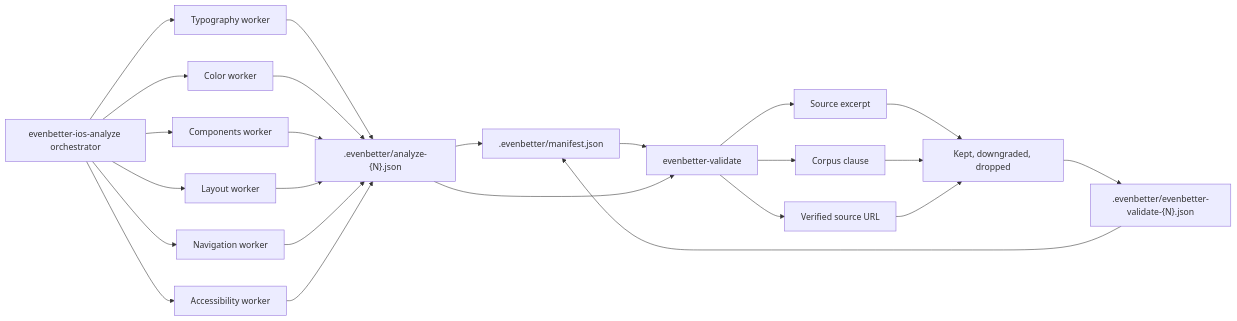
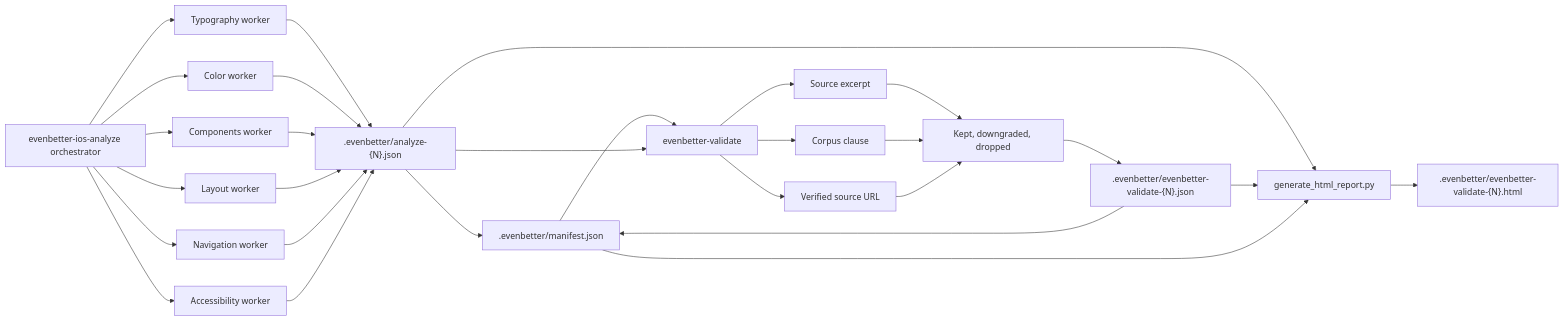
One commit to MelloBirkan/EvenBetterFramework changed the diagram in plugins/evenbetter-ios/skills/evenbetter-validate/references/architecture.md. Above: the diagram before and after it, drawn with Mermaid. The commit also changed other lines of this file and 5 other files, not shown here.

Commit message:
Add validate HTML report generation

````diff
--- a/plugins/evenbetter-ios/skills/evenbetter-validate/references/architecture.md
+++ b/plugins/evenbetter-ios/skills/evenbetter-validate/references/architecture.md
@@ -5,26 +5,30 @@
 ```mermaid
 flowchart LR
   A["evenbetter-ios-analyze orchestrator"] --> B["Typography worker"]
   A --> C["Color worker"]
   A --> D["Components worker"]
   A --> E["Layout worker"]
   A --> F["Navigation worker"]
   A --> G["Accessibility worker"]
   B --> H[".evenbetter/analyze-{N}.json"]
   C --> H
   D --> H
   E --> H
   F --> H
   G --> H
   H --> O[".evenbetter/manifest.json"]
   O --> I["evenbetter-validate"]
   H --> I
   I --> J["Source excerpt"]
   I --> K["Corpus clause"]
   I --> L["Verified source URL"]
   J --> M["Kept, downgraded, dropped"]
   K --> M
   L --> M
   M --> N[".evenbetter/evenbetter-validate-{N}.json"]
+  H --> P["generate_html_report.py"]
+  N --> P
+  O --> P
+  P --> Q[".evenbetter/evenbetter-validate-{N}.html"]
   N --> O
 ```
````
